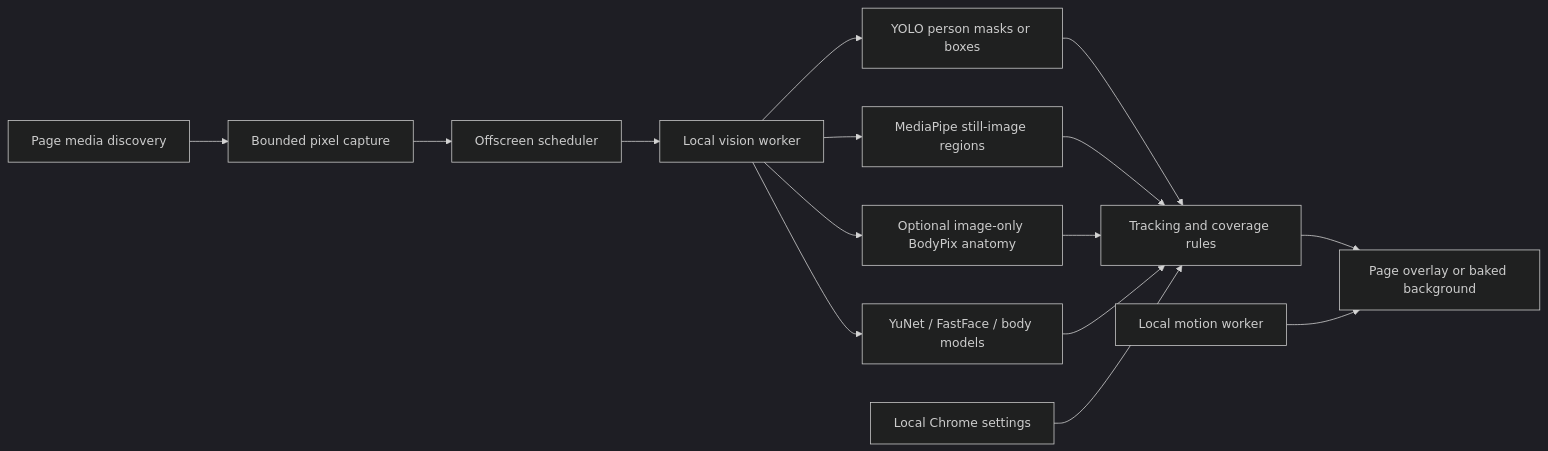
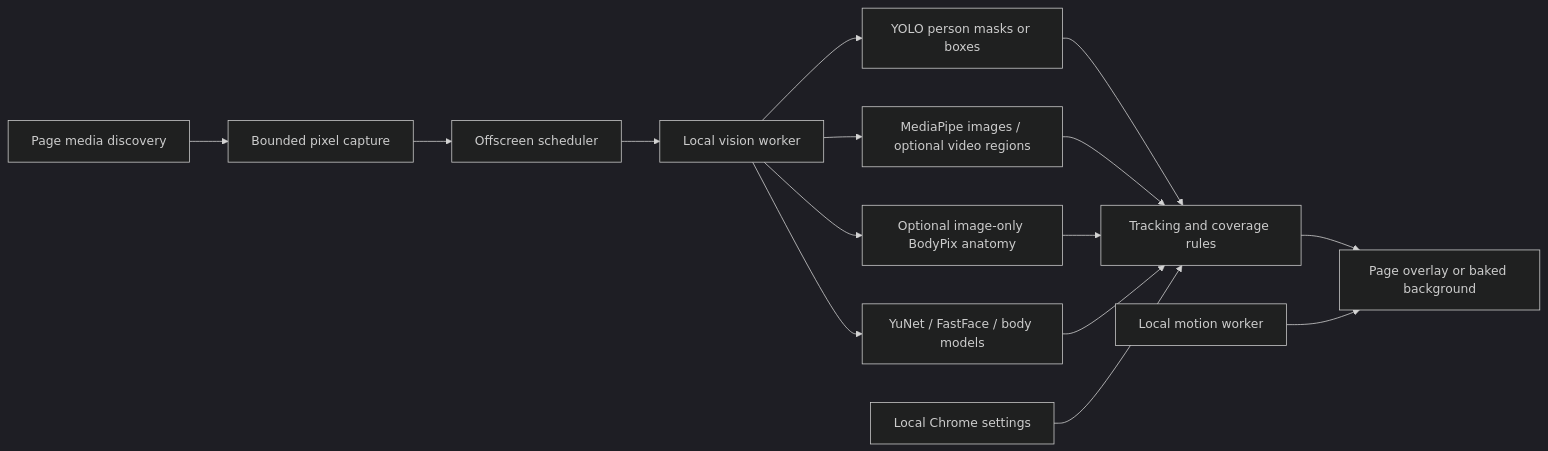
The diagram in docs/ARCHITECTURE.md (tantour/sitr), drawn with Mermaid (dark theme) before and after one commit. The commit also changed other lines of this file and 61 other files, not shown here.

````diff
--- a/docs/ARCHITECTURE.md
+++ b/docs/ARCHITECTURE.md
@@ -6,17 +6,17 @@
 ```mermaid
 flowchart LR
   Page[Page media discovery] --> Capture[Bounded pixel capture]
   Capture --> Host[Offscreen scheduler]
   Host --> Vision[Local vision worker]
   Vision --> Person[YOLO person masks or boxes]
-  Vision --> Semantic[MediaPipe still-image regions]
+  Vision --> Semantic[MediaPipe images / optional video regions]
   Vision --> Anatomy[Optional image-only BodyPix anatomy]
   Vision --> Appearance[YuNet / FastFace / body models]
   Person --> Rules[Tracking and coverage rules]
   Semantic --> Rules
   Anatomy --> Rules
   Appearance --> Rules
   Rules --> Render[Page overlay or baked background]
   Motion[Local motion worker] --> Render
   Settings[Local Chrome settings] --> Rules
 ```
````
